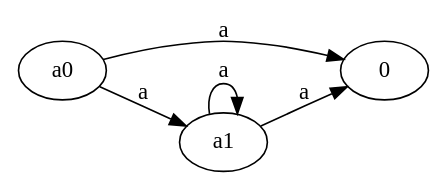
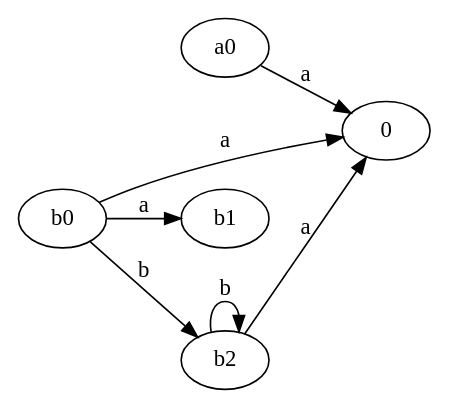
One commit to rsmith1220/Lab_B changed the diagram in process.gv. Above: the diagram before and after it, drawn with Graphviz. The commit also changed 6 other files, not shown here.

```diff
--- a/process.gv
+++ b/process.gv
@@ -1,7 +1,9 @@
 digraph finite_state_machine {
 	rankdir=LR size="8,5"
 	a0 -> 0 [label=a]
-	a0 -> a1 [label=a]
-	a1 -> a1 [label=a]
-	a1 -> 0 [label=a]
+	b0 -> b1 [label=a]
+	b0 -> b2 [label=b]
+	b2 -> b2 [label=b]
+	b0 -> 0 [label=a]
+	b2 -> 0 [label=a]
 }
```
